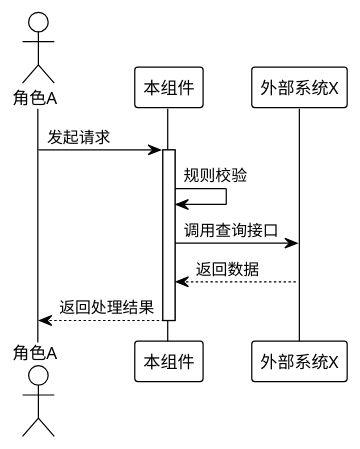
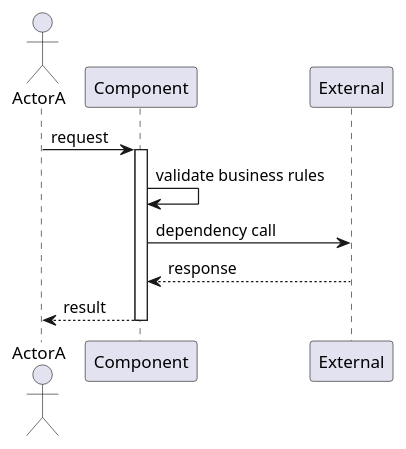
One commit to kvenux/metaspec changed the second of 2 diagrams in templates/full/SPEC.md. Above: the diagram before and after it, drawn with PlantUML. The commit also changed other lines of this file and 37 other files, not shown here.

````diff
--- a/templates/full/SPEC.md
+++ b/templates/full/SPEC.md
@@ -105,16 +103,15 @@
 ```plantuml
 @startuml
-!theme plain
-actor 角色A
-participant 本组件
-participant 外部系统X
+actor ActorA
+participant Component
+participant External
 
-角色A -> 本组件: 发起请求
-activate 本组件
-本组件 -> 本组件: 规则校验
-本组件 -> 外部系统X: 调用查询接口
-外部系统X --> 本组件: 返回数据
-本组件 --> 角色A: 返回处理结果
-deactivate 本组件
+ActorA -> Component: request
+activate Component
+Component -> Component: validate business rules
+Component -> External: dependency call
+External --> Component: response
+Component --> ActorA: result
+deactivate Component
 @enduml
 ```
````
